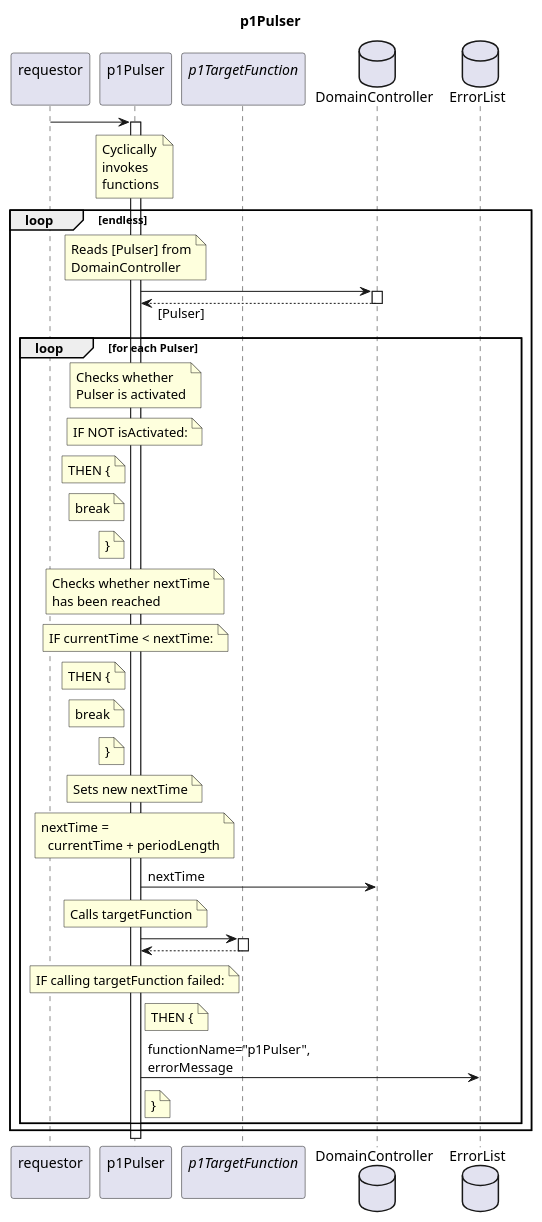
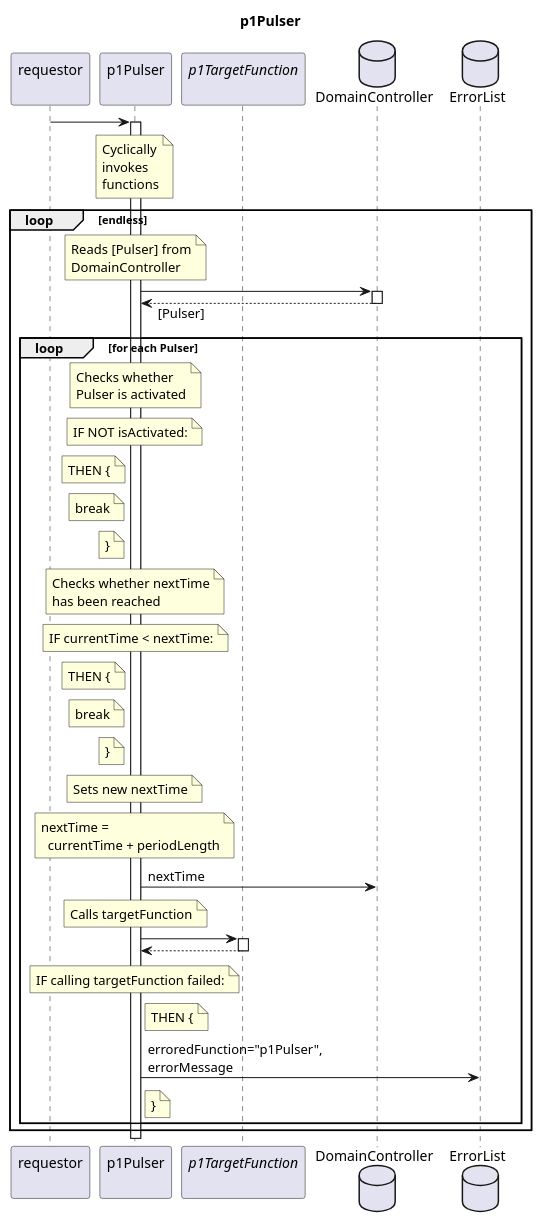
The diagram in spec/Functions/Administrative/p1Pulser/1.0.0/p1Pulser.plantuml (openBackhaul/FirmWareManager), drawn with PlantUML before and after one commit. The commit also changed 28 other files, not shown here.

```diff
--- a/spec/Functions/Administrative/p1Pulser/1.0.0/p1Pulser.plantuml
+++ b/spec/Functions/Administrative/p1Pulser/1.0.0/p1Pulser.plantuml
@@ -1,98 +1,98 @@
 @startuml p1Pulser
 skinparam responseMessageBelowArrow true
 
 title
   p1Pulser
 end title
 
 participant "requestor\n" as requestor
 participant "p1Pulser\n" as p1Puls
 participant "<i>p1TargetFunction</i>\n" as p1Target
 database "DomainController" as DC
 database "ErrorList" as hEL
 
 requestor -> p1Puls
 activate p1Puls
   note over p1Puls
     Cyclically
     invokes
     functions
   end note
 
 loop endless
   note over p1Puls
     Reads [Pulser] from
     DomainController
   end note
   p1Puls -> DC
   activate DC
   p1Puls <-- DC: [Pulser]
   deactivate DC
   loop for each Pulser
 
     note over p1Puls
       Checks whether
       Pulser is activated
     end note
     note over p1Puls
       IF NOT isActivated:
     end note
     note left p1Puls
       THEN {
     end note
     note left p1Puls
       break
     end note
     note left p1Puls
       }
     end note
 
     note over p1Puls
       Checks whether nextTime
       has been reached
     end note
     note over p1Puls
       IF currentTime < nextTime:
     end note
     note left p1Puls
       THEN {
     end note
     note left p1Puls
       break
     end note
     note left p1Puls
       }
     end note
 
     note over p1Puls
       Sets new nextTime
     end note
     note over p1Puls
       nextTime =
         currentTime + periodLength
     end note
   p1Puls -> DC: nextTime
 
     note over p1Puls
       Calls targetFunction
     end note
     p1Puls -> p1Target
     activate p1Target
     p1Puls <-- p1Target
     deactivate p1Target
 
     note over p1Puls
       IF calling targetFunction failed:
     end note
     note right p1Puls
       THEN {
     end note
-    p1Puls -> hEL: functionName="p1Pulser",\nerrorMessage
+    p1Puls -> hEL: erroredFunction="p1Pulser",\nerrorMessage
     note right p1Puls
       }
     end note
   end loop
 
 end loop
 
 @enduml
```
